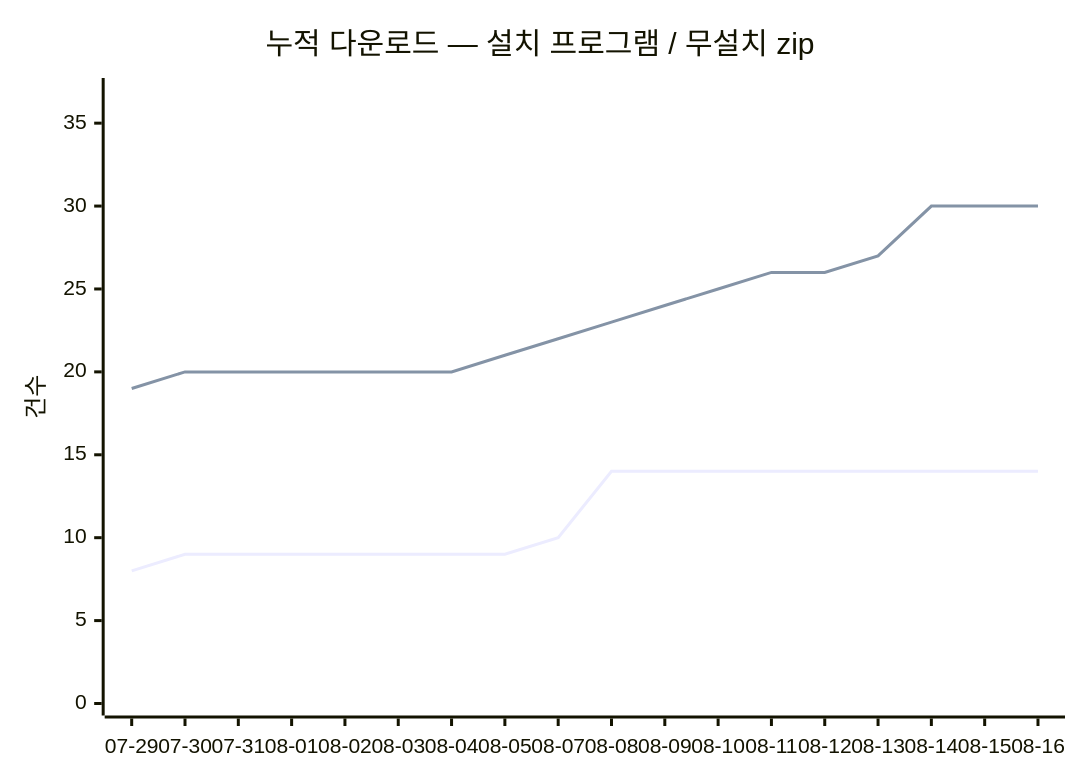
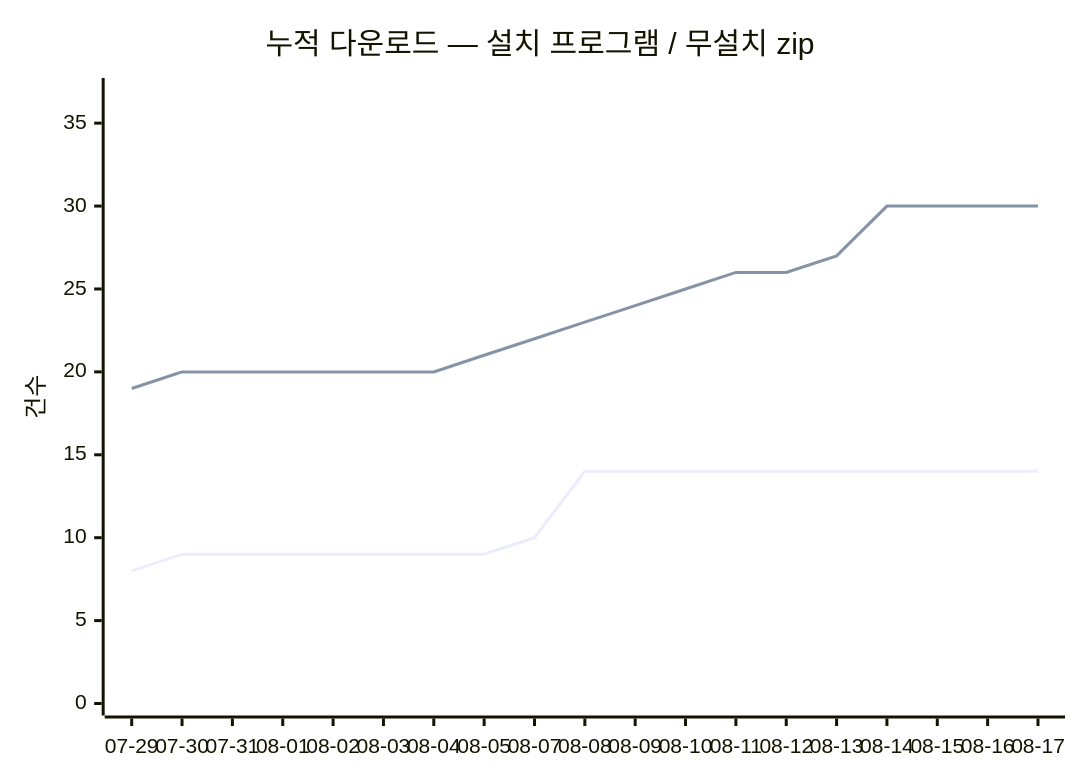
The diagram in README.md (dodaseo/ibis-releases), drawn with Mermaid before and after one commit. The commit also changed other lines of this file and 2 other files, not shown here.

Commit message:
chore(stats): 다운로드 스냅숏 2026-08-17

````diff
--- a/README.md
+++ b/README.md
@@ -144,8 +144,8 @@
 ```mermaid
 xychart-beta
     title "누적 다운로드 — 설치 프로그램 / 무설치 zip"
-    x-axis [07-29, 07-30, 07-31, 08-01, 08-02, 08-03, 08-04, 08-05, 08-07, 08-08, 08-09, 08-10, 08-11, 08-12, 08-13, 08-14, 08-15, 08-16]
+    x-axis [07-29, 07-30, 07-31, 08-01, 08-02, 08-03, 08-04, 08-05, 08-07, 08-08, 08-09, 08-10, 08-11, 08-12, 08-13, 08-14, 08-15, 08-16, 08-17]
     y-axis "건수" 0 --> 37
-    line [8, 9, 9, 9, 9, 9, 9, 9, 10, 14, 14, 14, 14, 14, 14, 14, 14, 14]
-    line [19, 20, 20, 20, 20, 20, 20, 21, 22, 23, 24, 25, 26, 26, 27, 30, 30, 30]
+    line [8, 9, 9, 9, 9, 9, 9, 9, 10, 14, 14, 14, 14, 14, 14, 14, 14, 14, 14]
+    line [19, 20, 20, 20, 20, 20, 20, 21, 22, 23, 24, 25, 26, 26, 27, 30, 30, 30, 30]
 ```
````
